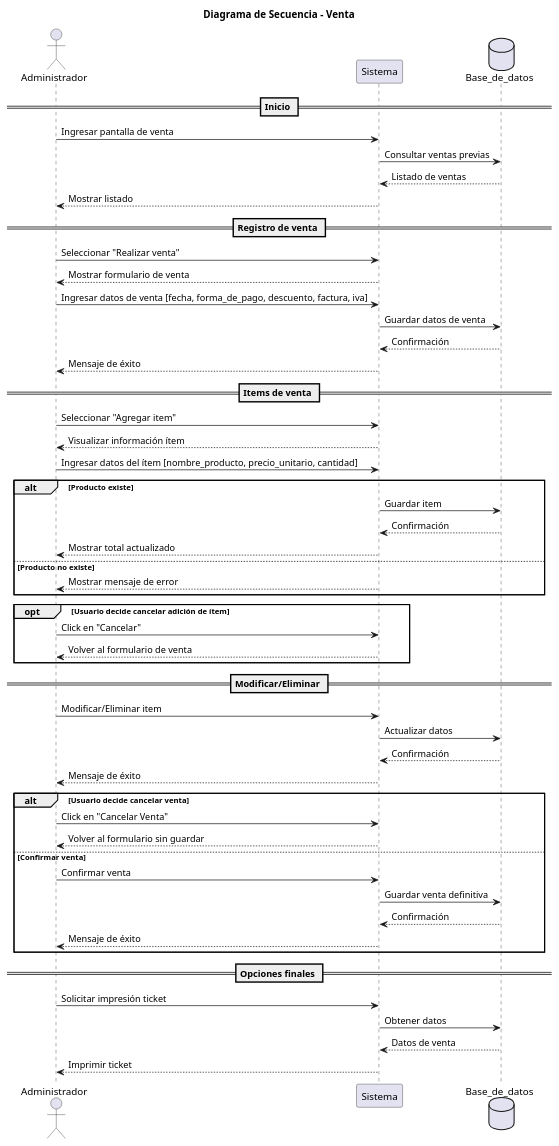
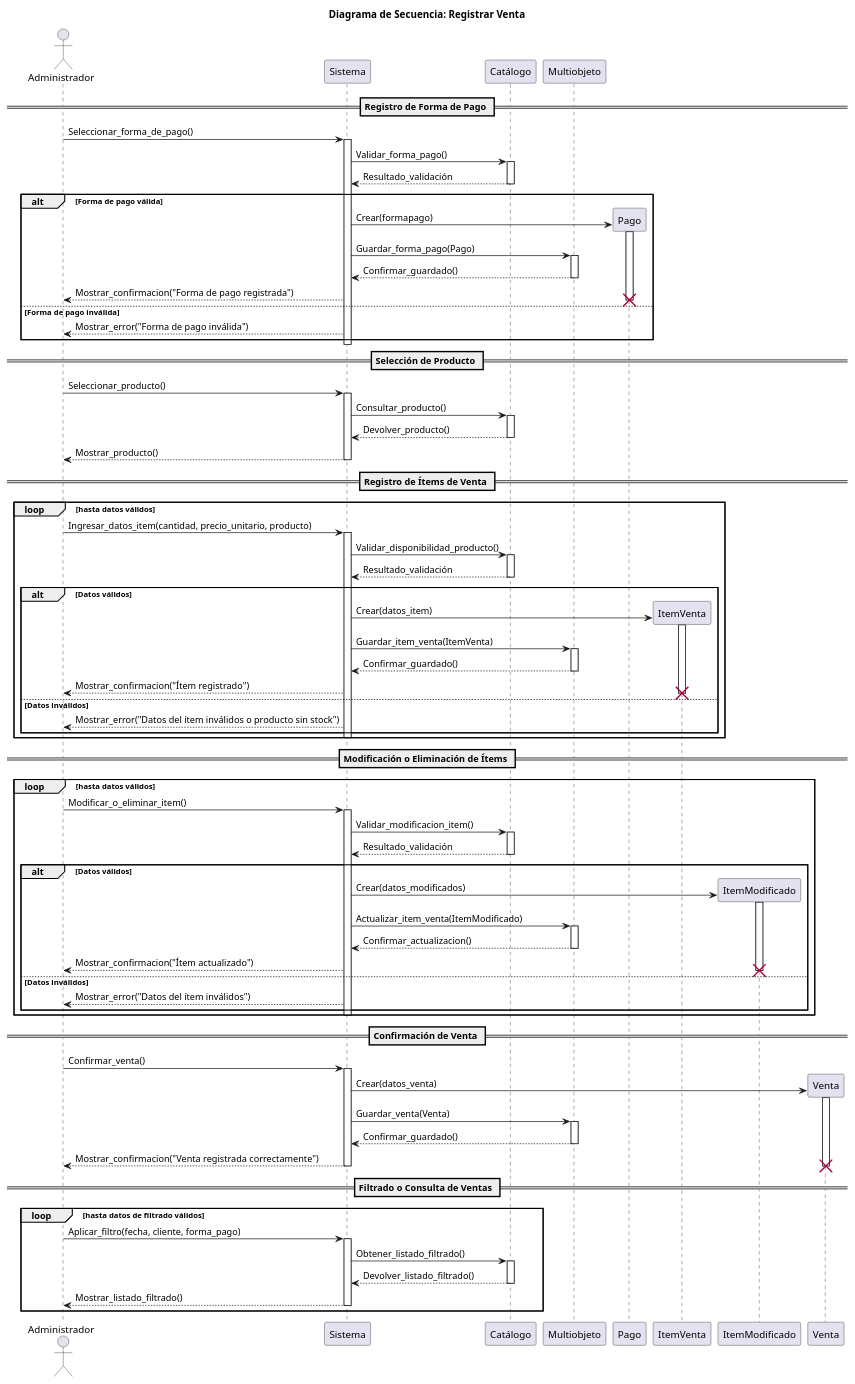
Before and after one commit to Luci1274/PPI_Proyecto_gomeria: the diagram in 08-Diagrama-secuencia/02_Venta.puml, drawn with PlantUML. The commit also changed other lines of this file and 1 other file, not shown here.

Commit message:
Agrego diagrama de secuencia de venta.

```diff
--- a/08-Diagrama-secuencia/02_Venta.puml
+++ b/08-Diagrama-secuencia/02_Venta.puml
@@ -1,70 +1,119 @@
-@startuml Venta
-title Diagrama de Secuencia - Venta
+@startuml venta
 
-actor Administrador as Admin
-participant Sistema as Sistema
-database Base_de_datos as BD
+title Diagrama de Secuencia: Registrar Venta
 
+actor Administrador
+participant Sistema
+participant Catálogo as Cat
+participant Multiobjeto as MULT
 
-== Inicio ==
-Admin -> Sistema: Ingresar pantalla de venta
-Sistema -> BD: Consultar ventas previas
-BD --> Sistema: Listado de ventas
-Sistema --> Admin: Mostrar listado
+== Registro de Forma de Pago ==
+Administrador -> Sistema: Seleccionar_forma_de_pago()
+activate Sistema
+Sistema -> Cat: Validar_forma_pago()
+activate Cat
+Cat --> Sistema: Resultado_validación
+deactivate Cat
 
+alt Forma de pago válida
+   create Pago
+   Sistema -> Pago: Crear(formapago)
+   activate Pago
+   Sistema -> MULT: Guardar_forma_pago(Pago)
+   activate MULT
+   MULT --> Sistema: Confirmar_guardado()
+   deactivate MULT
+   Sistema --> Administrador: Mostrar_confirmacion("Forma de pago registrada")
+   destroy Pago
+else Forma de pago inválida
+   Sistema --> Administrador: Mostrar_error("Forma de pago inválida")
+end
+deactivate Sistema
 
-== Registro de venta ==
-Admin -> Sistema: Seleccionar "Realizar venta"
-Sistema --> Admin: Mostrar formulario de venta
-Admin -> Sistema: Ingresar datos de venta [fecha, forma_de_pago, descuento, factura, iva]
-Sistema -> BD: Guardar datos de venta
-BD --> Sistema: Confirmación
-Sistema --> Admin: Mensaje de éxito
+== Selección de Producto ==
+Administrador -> Sistema: Seleccionar_producto()
+activate Sistema
+Sistema -> Cat: Consultar_producto()
+activate Cat
+Cat --> Sistema: Devolver_producto()
+deactivate Cat
+Sistema --> Administrador: Mostrar_producto()
+deactivate Sistema
 
+== Registro de Ítems de Venta ==
+loop hasta datos válidos
+   Administrador -> Sistema: Ingresar_datos_item(cantidad, precio_unitario, producto)
+   activate Sistema
+   Sistema -> Cat: Validar_disponibilidad_producto()
+   activate Cat
+   Cat --> Sistema: Resultado_validación
+   deactivate Cat
 
-== Items de venta ==
-Admin -> Sistema: Seleccionar "Agregar item"
-Sistema --> Admin: Visualizar información ítem
-Admin -> Sistema: Ingresar datos del ítem [nombre_producto, precio_unitario, cantidad]
-
-
-alt Producto existe
-   Sistema -> BD: Guardar item
-   BD --> Sistema: Confirmación
-   Sistema --> Admin: Mostrar total actualizado
-else Producto no existe
-   Sistema --> Admin: Mostrar mensaje de error
+   alt Datos válidos
+      create ItemVenta
+      Sistema -> ItemVenta: Crear(datos_item)
+      activate ItemVenta
+      Sistema -> MULT: Guardar_item_venta(ItemVenta)
+      activate MULT
+      MULT --> Sistema: Confirmar_guardado()
+      deactivate MULT
+      Sistema --> Administrador: Mostrar_confirmacion("Ítem registrado")
+      destroy ItemVenta
+   else Datos inválidos
+      Sistema --> Administrador: Mostrar_error("Datos del ítem inválidos o producto sin stock")
+   end
+   deactivate Sistema
 end
 
+== Modificación o Eliminación de Ítems ==
+loop hasta datos válidos
+   Administrador -> Sistema: Modificar_o_eliminar_item()
+   activate Sistema
+   Sistema -> Cat: Validar_modificacion_item()
+   activate Cat
+   Cat --> Sistema: Resultado_validación
+   deactivate Cat
 
-opt Usuario decide cancelar adición de ítem
-   Admin -> Sistema: Click en "Cancelar"
-   Sistema --> Admin: Volver al formulario de venta
+   alt Datos válidos
+      create ItemModificado
+      Sistema -> ItemModificado: Crear(datos_modificados)
+      activate ItemModificado
+      Sistema -> MULT: Actualizar_item_venta(ItemModificado)
+      activate MULT
+      MULT --> Sistema: Confirmar_actualizacion()
+      deactivate MULT
+      Sistema --> Administrador: Mostrar_confirmacion("Ítem actualizado")
+      destroy ItemModificado
+   else Datos inválidos
+      Sistema --> Administrador: Mostrar_error("Datos del ítem inválidos")
+   end
+   deactivate Sistema
 end
 
+== Confirmación de Venta ==
+Administrador -> Sistema: Confirmar_venta()
+activate Sistema
+create Venta
+Sistema -> Venta: Crear(datos_venta)
+activate Venta
+Sistema -> MULT: Guardar_venta(Venta)
+activate MULT
+MULT --> Sistema: Confirmar_guardado()
+deactivate MULT
+Sistema --> Administrador: Mostrar_confirmacion("Venta registrada correctamente")
+destroy Venta
+deactivate Sistema
 
-== Modificar/Eliminar ==
-Admin -> Sistema: Modificar/Eliminar item
-Sistema -> BD: Actualizar datos
-BD --> Sistema: Confirmación
-Sistema --> Admin: Mensaje de éxito
-
-alt Usuario decide cancelar venta
-   Admin -> Sistema: Click en "Cancelar Venta"
-   Sistema --> Admin: Volver al formulario sin guardar
-else Confirmar venta
-   Admin -> Sistema: Confirmar venta
-   Sistema -> BD: Guardar venta definitiva
-   BD --> Sistema: Confirmación
-   Sistema --> Admin: Mensaje de éxito
+== Filtrado o Consulta de Ventas ==
+loop hasta datos de filtrado válidos
+   Administrador -> Sistema: Aplicar_filtro(fecha, cliente, forma_pago)
+   activate Sistema
+   Sistema -> Cat: Obtener_listado_filtrado()
+   activate Cat
+   Cat --> Sistema: Devolver_listado_filtrado()
+   deactivate Cat
+   Sistema --> Administrador: Mostrar_listado_filtrado()
+   deactivate Sistema
 end
 
-
-== Opciones finales ==
-Admin -> Sistema: Solicitar impresión ticket
-Sistema -> BD: Obtener datos
-BD --> Sistema: Datos de venta
-Sistema --> Admin: Imprimir ticket
-
-
 @enduml
```
